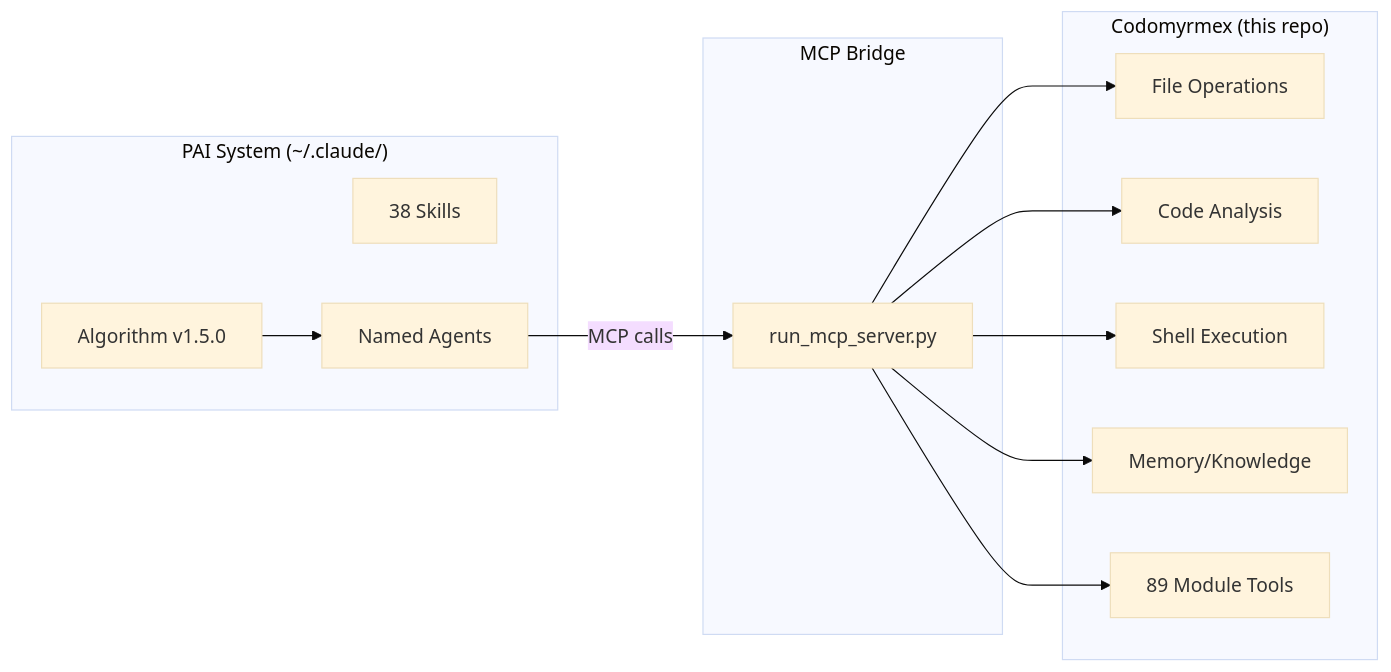
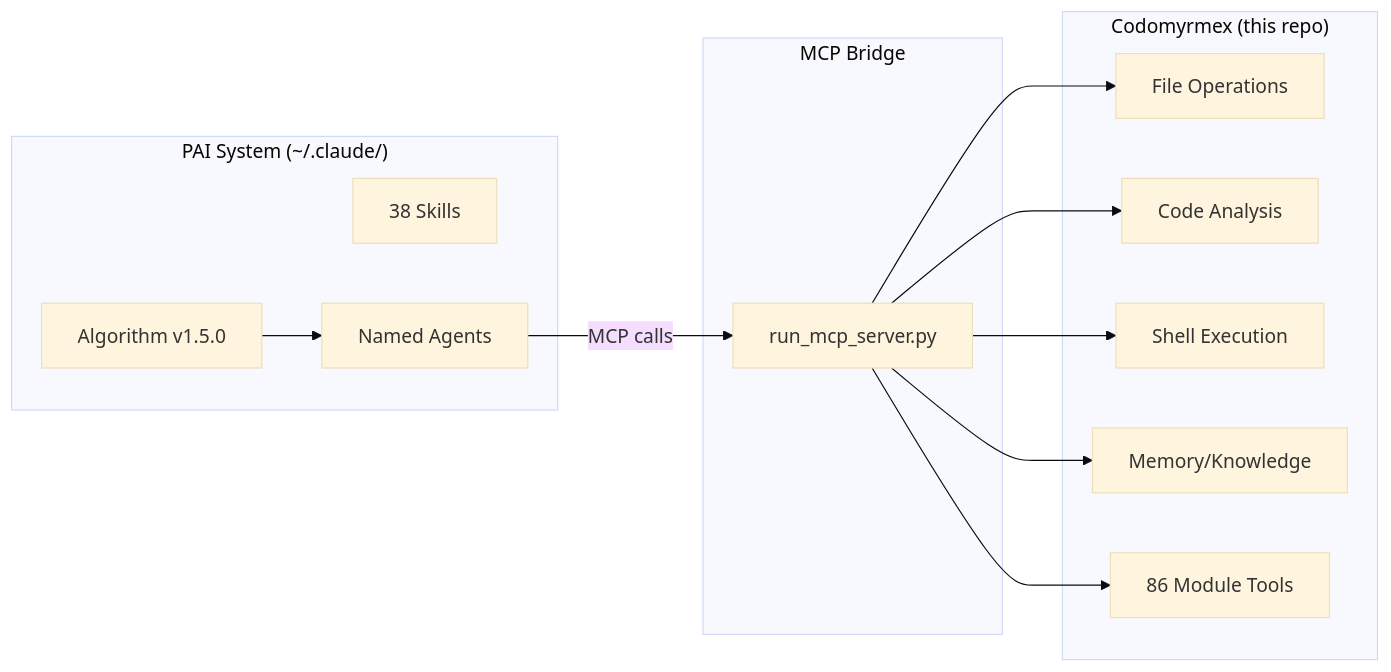
One commit to docxology/codomyrmex changed the diagram in PAI.md. Above: the diagram before and after it, drawn with Mermaid (base theme). The commit also changed other lines of this file and 9 other files, not shown here.

````diff
--- a/PAI.md
+++ b/PAI.md
@@ -35,28 +35,28 @@
 ```mermaid
 graph LR
     subgraph PAI ["PAI System (~/.claude/)"]
         Algo["Algorithm v1.5.0"]
         Skills["38 Skills"]
         Agents["Named Agents"]
     end
 
     subgraph Bridge ["MCP Bridge"]
         Server["run_mcp_server.py"]
     end
 
     subgraph Codomyrmex ["Codomyrmex (this repo)"]
         FileOps["File Operations"]
         CodeAnalysis["Code Analysis"]
         Shell["Shell Execution"]
         Memory["Memory/Knowledge"]
-        Modules["89 Module Tools"]
+        Modules["86 Module Tools"]
     end
 
     Algo --> Agents
     Agents -->|"MCP calls"| Server
     Server --> FileOps
     Server --> CodeAnalysis
     Server --> Shell
     Server --> Memory
     Server --> Modules
 ```
````
